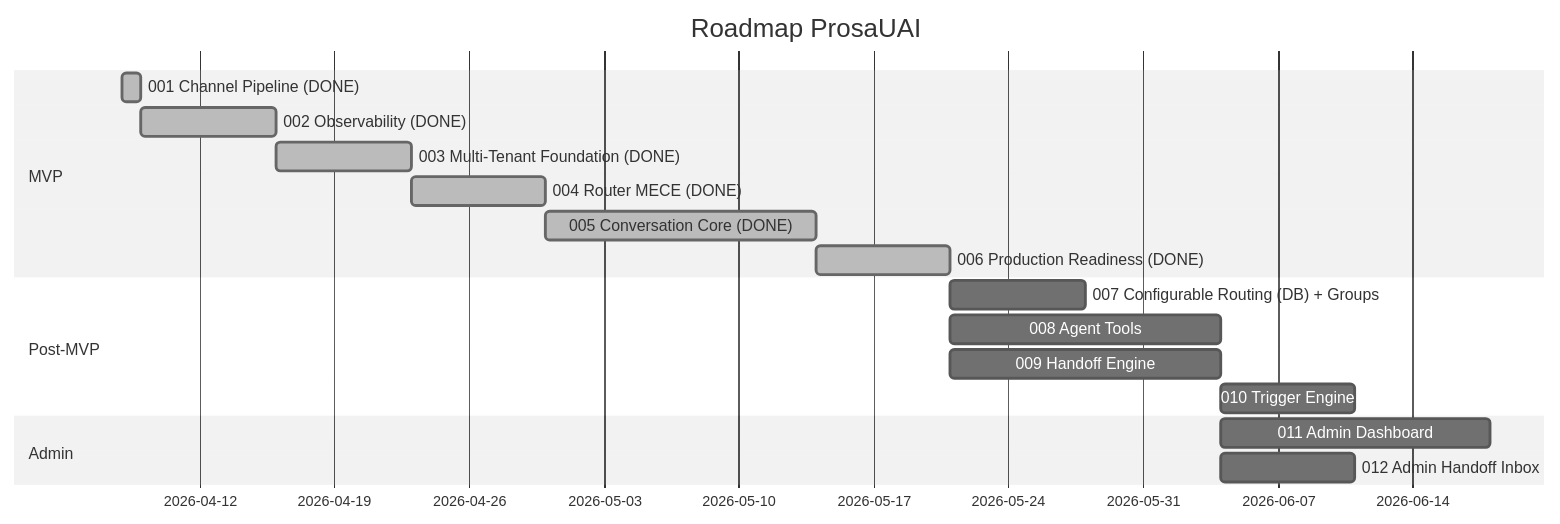
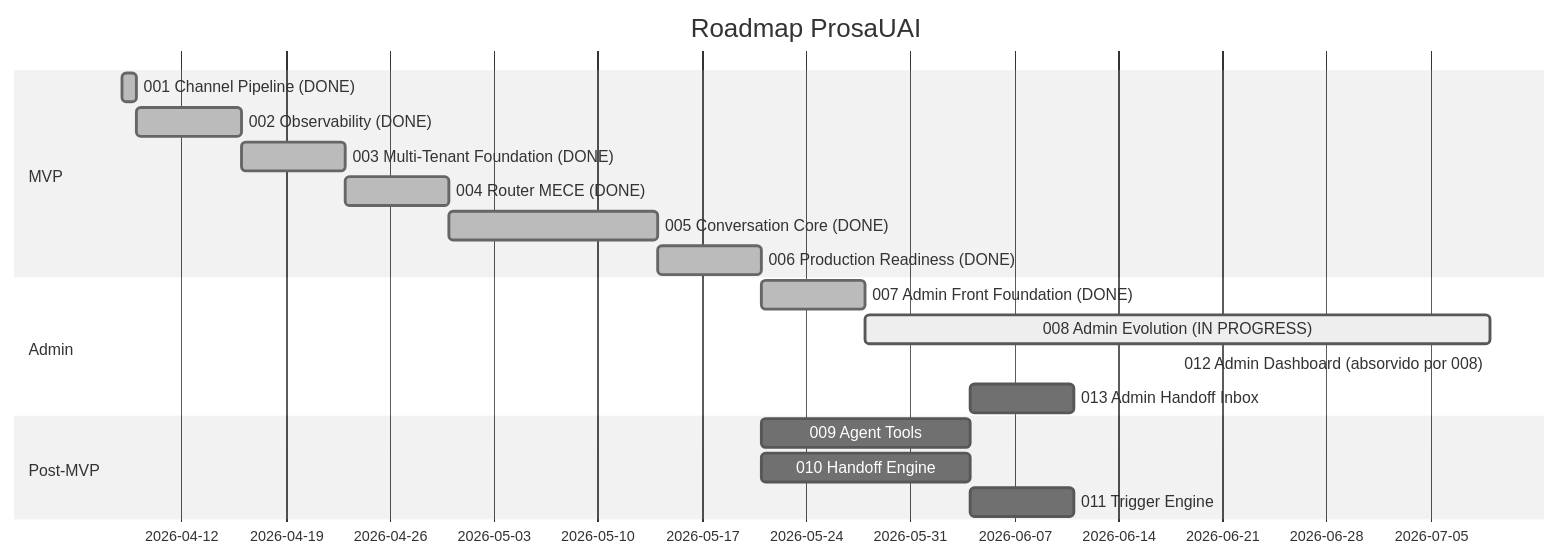
One commit to paceautomations/madruga.ai changed the first of 2 diagrams in platforms/prosauai/planning/roadmap.md. Above: the diagram before and after it, drawn with Mermaid (neutral theme). The commit also changed other lines of this file and 3 other files, not shown here.

````diff
--- a/platforms/prosauai/planning/roadmap.md
+++ b/platforms/prosauai/planning/roadmap.md
@@ -32,20 +32,21 @@
 ```mermaid
 gantt
     title Roadmap ProsaUAI
     dateFormat YYYY-MM-DD
     section MVP
     001 Channel Pipeline (DONE)   :done, a1, 2026-04-08, 1d
     002 Observability (DONE)       :done, a2, after a1, 1w
     003 Multi-Tenant Foundation (DONE) :done, a3, after a2, 1w
     004 Router MECE (DONE)         :done, a4, after a3, 1w
     005 Conversation Core (DONE)    :done, a5, after a4, 2w
     006 Production Readiness (DONE) :done, a6, after a5, 1w
+    section Admin
+    007 Admin Front Foundation (DONE) :done, a7, after a6, 1w
+    008 Admin Evolution (IN PROGRESS) :active, a8, after a7, 6w
+    012 Admin Dashboard (absorvido por 008) :a12, after a8, 0d
+    013 Admin Handoff Inbox :a13, after a10, 1w
     section Post-MVP
-    007 Configurable Routing (DB) + Groups :a7, after a6, 1w
-    008 Agent Tools         :a8, after a6, 2w
-    009 Handoff Engine      :a9, after a6, 2w
-    010 Trigger Engine      :a10, after a9, 1w
-    section Admin
-    011 Admin Dashboard     :a11, after a8, 2w
-    012 Admin Handoff Inbox :a12, after a9, 1w
+    009 Agent Tools         :a9, after a6, 2w
+    010 Handoff Engine      :a10, after a6, 2w
+    011 Trigger Engine      :a11, after a10, 1w
 ```
````
